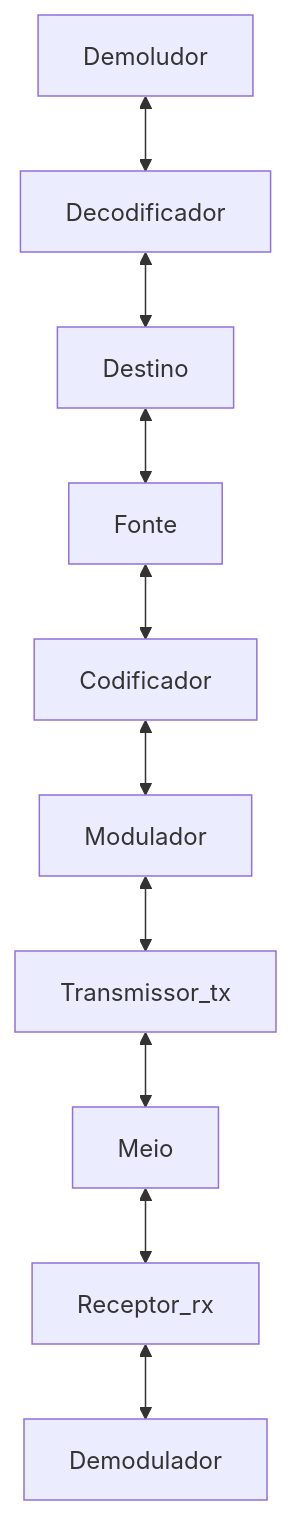
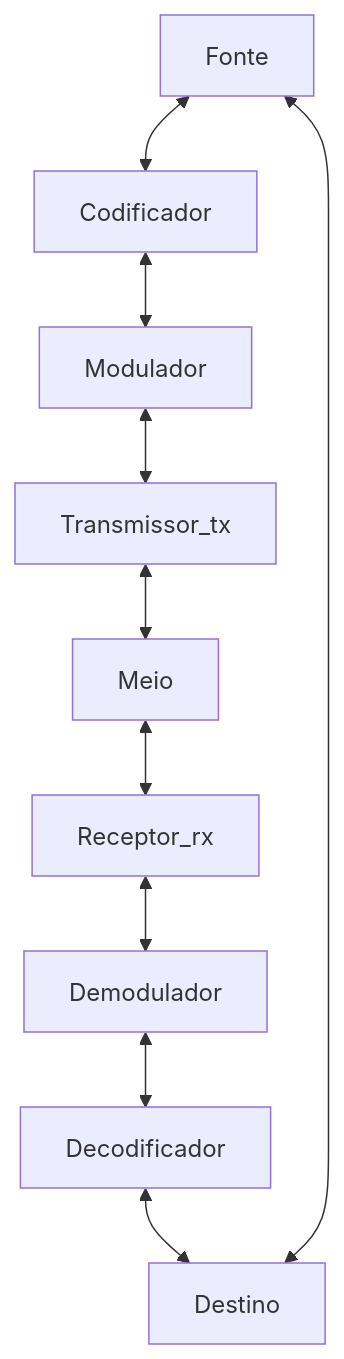
The first of 2 diagrams in Comunicação de Dados/aula_04 13.03.md (vanessacezarn/3_Semestre), drawn with Mermaid before and after one commit.

Commit message:
Update aula_04 13.03.md

````diff
--- a/Comunicação de Dados/aula_04 13.03.md
+++ b/Comunicação de Dados/aula_04 13.03.md
@@ -20,12 +20,12 @@
 ```mermaid
 graph TD;
 Fonte <-->Codificador;
 Codificador <--> Modulador;
 Modulador <--> Transmissor_tx;
 Transmissor_tx <--> Meio;
 Meio <--> Receptor_rx;
 Receptor_rx <--> Demodulador;
-Demoludor <--> Decodificador;
+Demodulador <--> Decodificador;
 Decodificador <--> Destino;
 Destino <--> Fonte;
 ```
````
